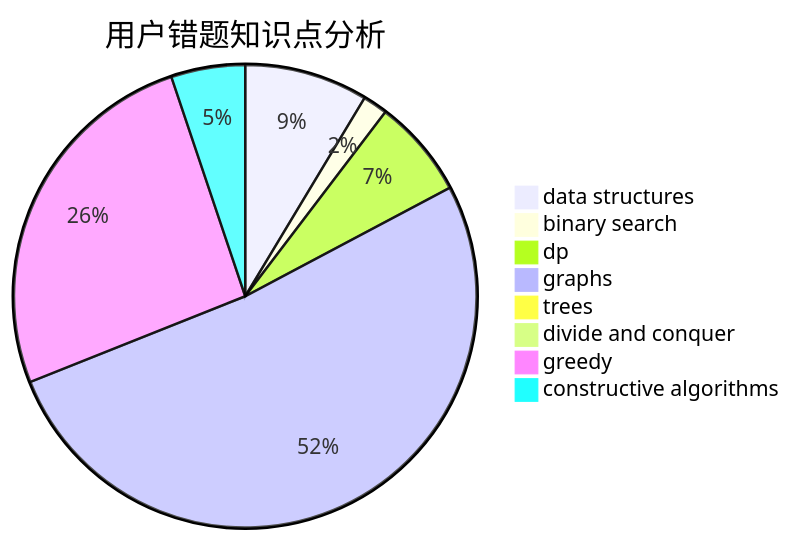
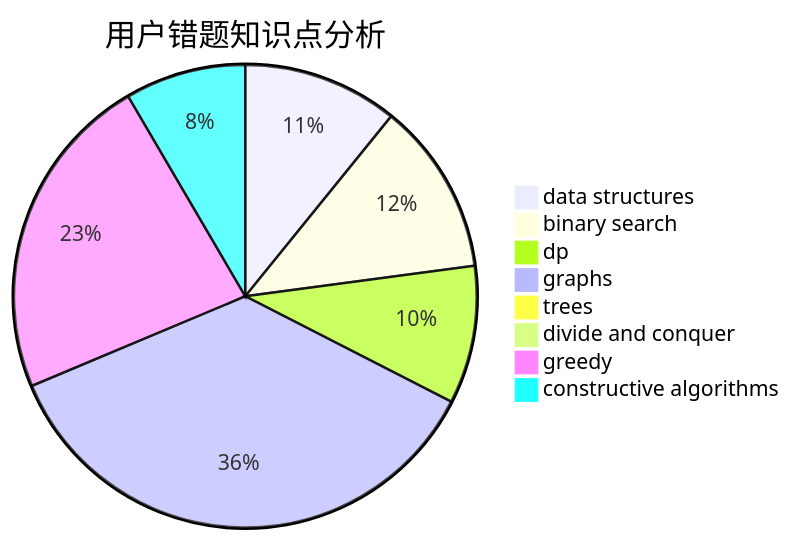
The third of 3 diagrams in docs/user/u1807.md (sherpahu/cfrs.github.io), drawn with Mermaid before and after one commit. The commit also changed other lines of this file and 2770 other files, not shown here.

````diff
--- a/docs/user/u1807.md
+++ b/docs/user/u1807.md
@@ -36,11 +36,11 @@
 ```mermaid
 pie title 用户错题知识点分析
-    "data structures" :  5
-    "binary search" :  1
-    "dp" :  4
+    "data structures" :  9
+    "binary search" :  10
+    "dp" :  8
     "graphs" :  30
     "trees" :  0
     "divide and conquer" :  0
-    "greedy" :  15
-    "constructive algorithms" :  3
+    "greedy" :  19
+    "constructive algorithms" :  7
 ```
````
